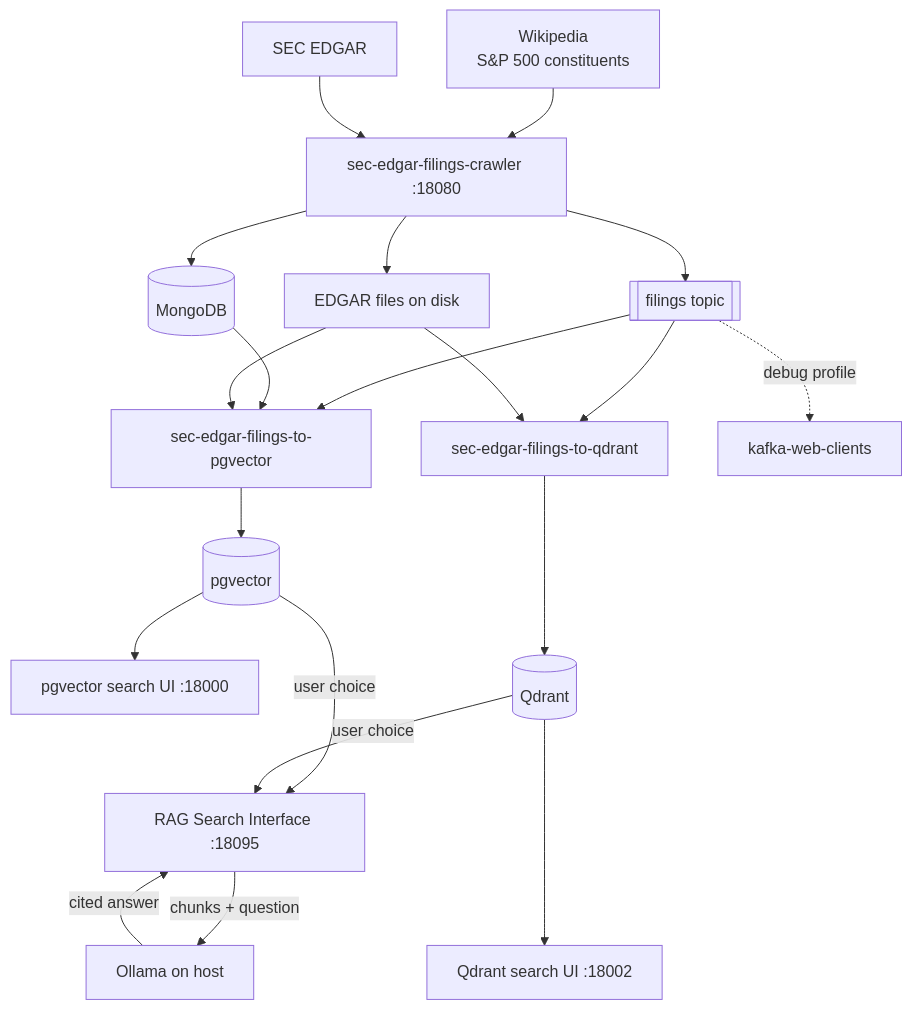
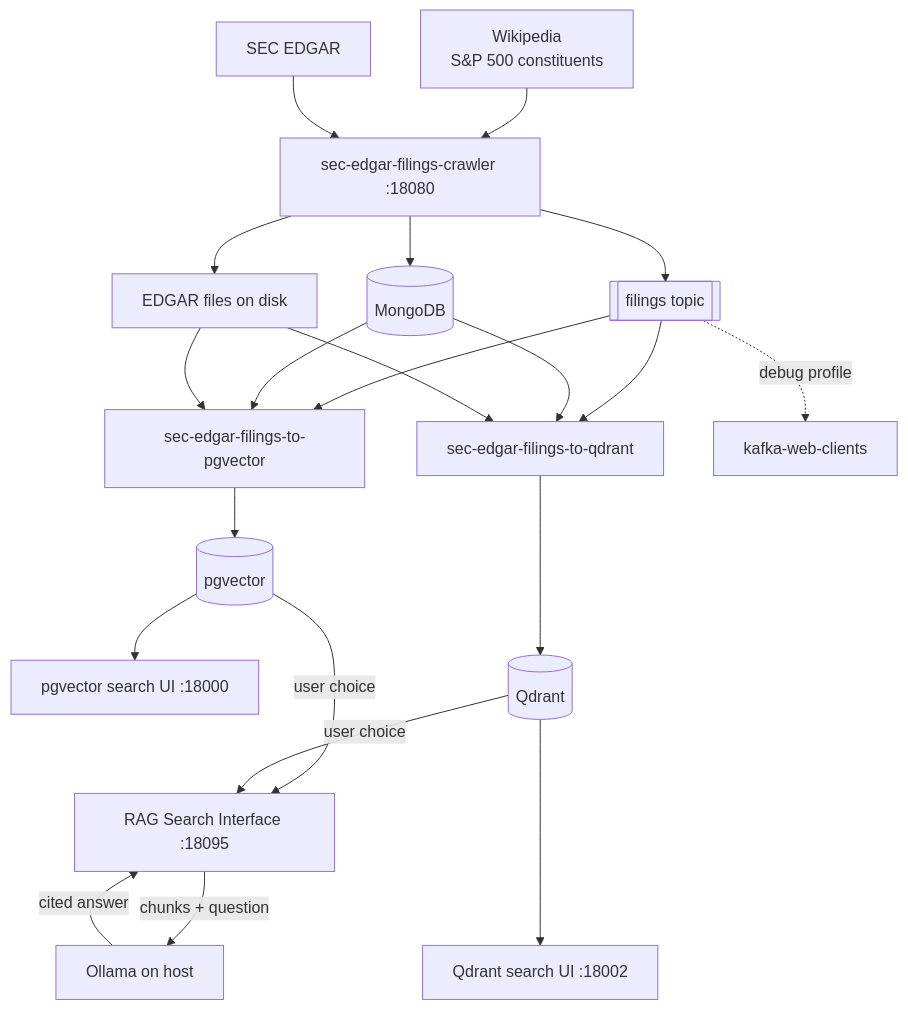
One commit to sanjuthomas/sec-edgar-filings-rag-demo changed the diagram in README.md. Above: the diagram before and after it, drawn with Mermaid.

Commit message:
Show Qdrant ETL reading filing metadata from MongoDB in diagram.
Add the missing MongoDB connection to sec-edgar-filings-to-qdrant alongside pgvector.

````diff
--- a/README.md
+++ b/README.md
@@ -33,28 +33,29 @@
 ```mermaid
 flowchart TB
     Wiki["Wikipedia<br/>S&P 500 constituents"] --> Crawler["sec-edgar-filings-crawler :18080"]
     SEC["SEC EDGAR"] --> Crawler
     Crawler --> Mongo[("MongoDB")]
     Crawler --> Kafka[["filings topic"]]
     Crawler --> Disk["EDGAR files on disk"]
 
     Kafka --> PgETL["sec-edgar-filings-to-pgvector"]
     Kafka --> QdrantETL["sec-edgar-filings-to-qdrant"]
     Mongo --> PgETL
+    Mongo --> QdrantETL
     Disk --> PgETL
     Disk --> QdrantETL
 
     PgETL --> PG[("pgvector")]
     QdrantETL --> Qdrant[("Qdrant")]
 
     PG --> PgSearch["pgvector search UI :18000"]
     Qdrant --> QdrantSearch["Qdrant search UI :18002"]
     PG -->|"user choice"| RAG["RAG Search Interface :18095"]
     Qdrant -->|"user choice"| RAG
     RAG -->|"chunks + question"| Ollama["Ollama on host"]
     Ollama -->|"cited answer"| RAG
 
     PgSearch ~~~ RAG ~~~ QdrantSearch
 
     Kafka -.->|debug profile| KWC["kafka-web-clients"]
 ```
````
